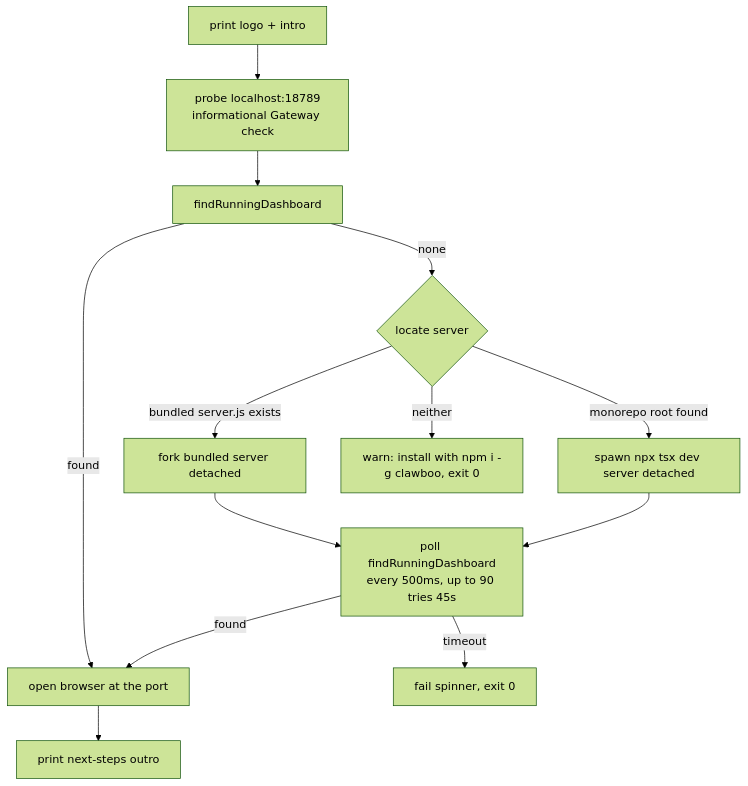
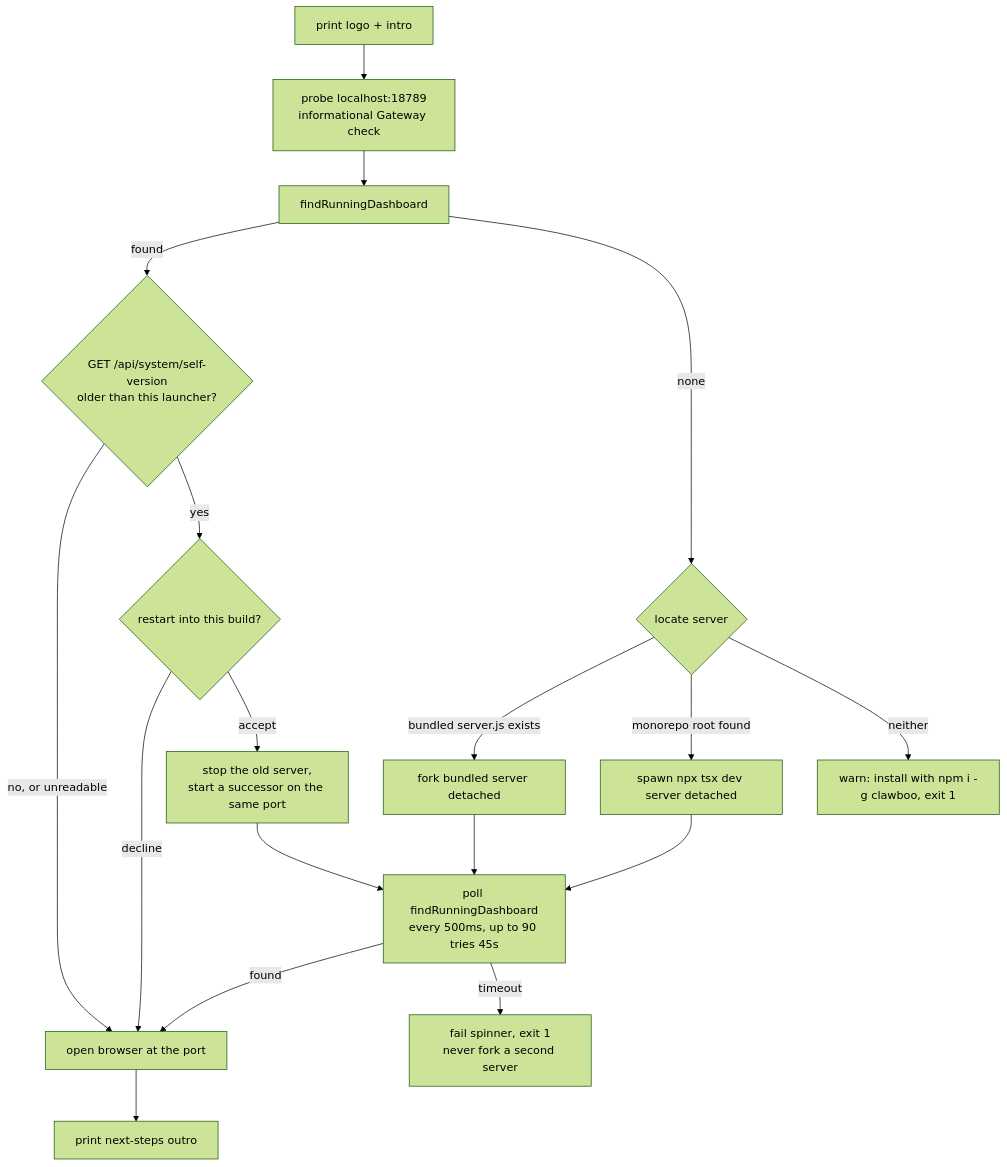
One commit to clawboo/clawboo changed the diagram in docs/reference/cli.md. Above: the diagram before and after it, drawn with Mermaid (forest theme). The commit also changed other lines of this file and 41 other files, not shown here.

Commit message:
feat(cli): add clawboo stop/restart and make the launcher version-aware

````diff
--- a/docs/reference/cli.md
+++ b/docs/reference/cli.md
@@ -43,15 +54,20 @@
 ```mermaid
 flowchart TD
   A[print logo + intro] --> B[probe localhost:18789<br/>informational Gateway check]
   B --> C[findRunningDashboard]
-  C -->|found| H[open browser at the port]
+  C -->|found| V{GET /api/system/self-version<br/>older than this launcher?}
+  V -->|no, or unreadable| H[open browser at the port]
+  V -->|yes| Q{restart into this build?}
+  Q -->|decline| H
+  Q -->|accept| S[stop the old server,<br/>start a successor on the same port]
   C -->|none| D{locate server}
   D -->|bundled server.js exists| E[fork bundled server detached]
   D -->|monorepo root found| F[spawn npx tsx dev server detached]
-  D -->|neither| G[warn: install with npm i -g clawboo, exit 0]
+  D -->|neither| G[warn: install with npm i -g clawboo, exit 1]
   E --> P[poll findRunningDashboard<br/>every 500ms, up to 90 tries 45s]
   F --> P
+  S --> P
   P -->|found| H
-  P -->|timeout| I[fail spinner, exit 0]
+  P -->|timeout| I[fail spinner, exit 1<br/>never fork a second server]
   H --> J[print next-steps outro]
 ```
````
